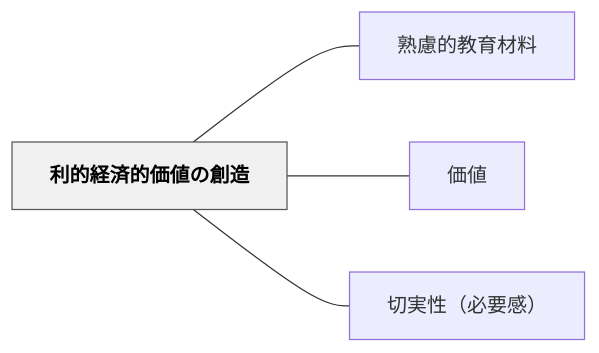
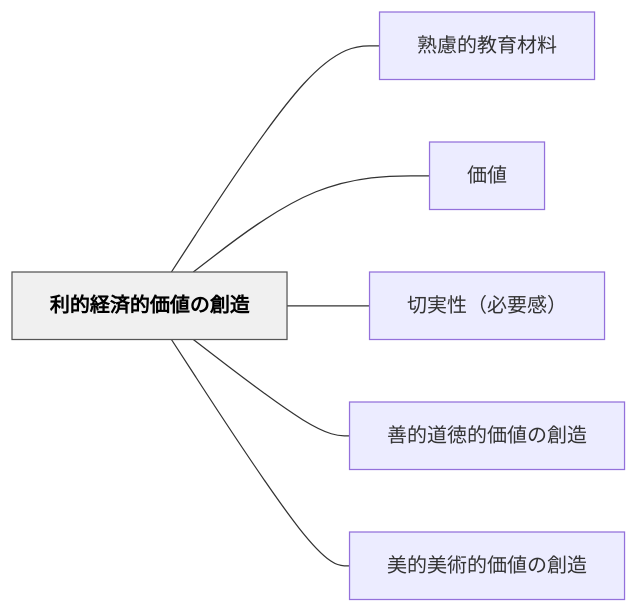
One commit to unknownthings-ed-patterns/unknownthings-ed-patterns changed the diagram in content/パタン/利的経済的価値の創造.md. Above: the diagram before and after it, drawn with Mermaid. The commit also changed other lines of this file and 44 other files, not shown here.

````diff
--- a/content/パタン/利的経済的価値の創造.md
+++ b/content/パタン/利的経済的価値の創造.md
@@ -44,14 +49,18 @@
 ```mermaid
 flowchart LR
     ne588a9e79a84e7b58ce6b888e79a84e4bea1e580a4e381aee589b5e980a0["利的経済的価値の創造"]
     ne7869fe685aee79a84e69599e882b2e69d90e69699["熟慮的教育材料"]
     ne4bea1e580a4["価値"]
     ne58887e5ae9fe680a7efbc88e5bf85e8a681e6849fefbc89["切実性（必要感）"]
+    ne59684e79a84e98193e5beb3e79a84e4bea1e580a4e381aee589b5e980a0["善的道徳的価値の創造"]
+    ne7be8ee79a84e7be8ee8a193e79a84e4bea1e580a4e381aee589b5e980a0["美的美術的価値の創造"]
 
     ne588a9e79a84e7b58ce6b888e79a84e4bea1e580a4e381aee589b5e980a0 --- ne7869fe685aee79a84e69599e882b2e69d90e69699
     ne588a9e79a84e7b58ce6b888e79a84e4bea1e580a4e381aee589b5e980a0 --- ne4bea1e580a4
     ne588a9e79a84e7b58ce6b888e79a84e4bea1e580a4e381aee589b5e980a0 --- ne58887e5ae9fe680a7efbc88e5bf85e8a681e6849fefbc89
+    ne588a9e79a84e7b58ce6b888e79a84e4bea1e580a4e381aee589b5e980a0 --- ne59684e79a84e98193e5beb3e79a84e4bea1e580a4e381aee589b5e980a0
+    ne588a9e79a84e7b58ce6b888e79a84e4bea1e580a4e381aee589b5e980a0 --- ne7be8ee79a84e7be8ee8a193e79a84e4bea1e580a4e381aee589b5e980a0
 
     classDef hub fill:#f0f0f0,stroke:#555,color:#000,font-weight:bold
     class ne588a9e79a84e7b58ce6b888e79a84e4bea1e580a4e381aee589b5e980a0 hub
 ```
````
